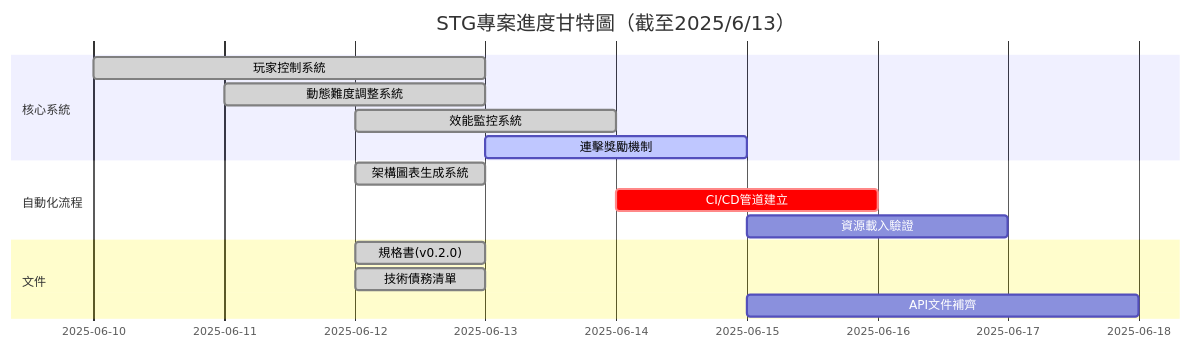
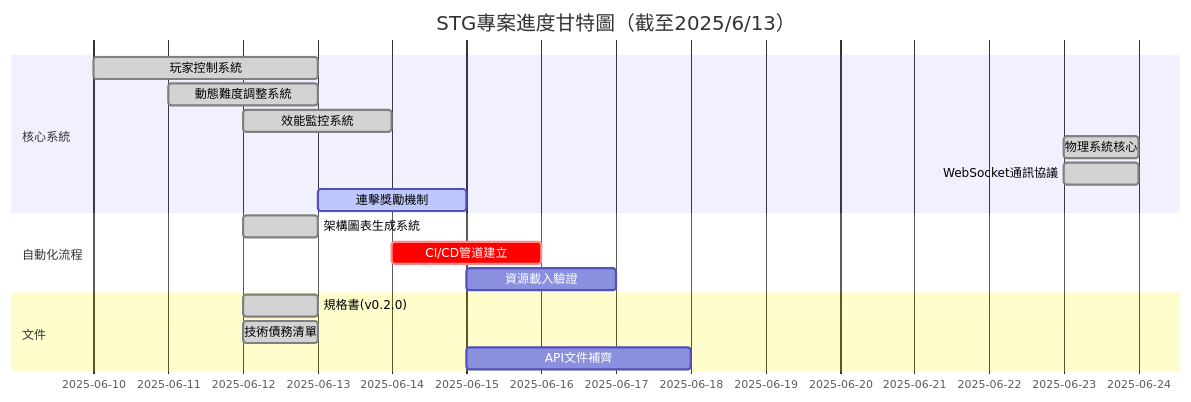
The second of 2 diagrams in report.md (ainlee/Raiden), drawn with Mermaid before and after one commit. The commit also changed other lines of this file and 3684 other files, not shown here.

````diff
--- a/report.md
+++ b/report.md
@@ -31,20 +36,22 @@
 ```mermaid
 gantt
     title STG專案進度甘特圖（截至2025/6/13）
     dateFormat  YYYY-MM-DD
     section 核心系統
     玩家控制系統           :done, des1, 2025-06-10, 3d
     動態難度調整系統       :done, des2, 2025-06-11, 2d
     效能監控系統           :done, des3, 2025-06-12, 2d
+    物理系統核心          :done, des5, 2025-06-23, 1d
+    WebSocket通訊協議      :done, des6, 2025-06-23, 1d
     連擊獎勵機制           :active, des4, 2025-06-13, 2d
 
     section 自動化流程
     架構圖表生成系統       :done, a1, 2025-06-12, 1d
     CI/CD管道建立          :crit, a2, 2025-06-14, 2d
     資源載入驗證          : a3, 2025-06-15, 2d
 
     section 文件
     規格書(v0.2.0)        :done, doc1, 2025-06-12, 1d
     技術債務清單          :done, doc2, 2025-06-12, 1d
     API文件補齊           : doc3, 2025-06-15, 3d
 ```
````
